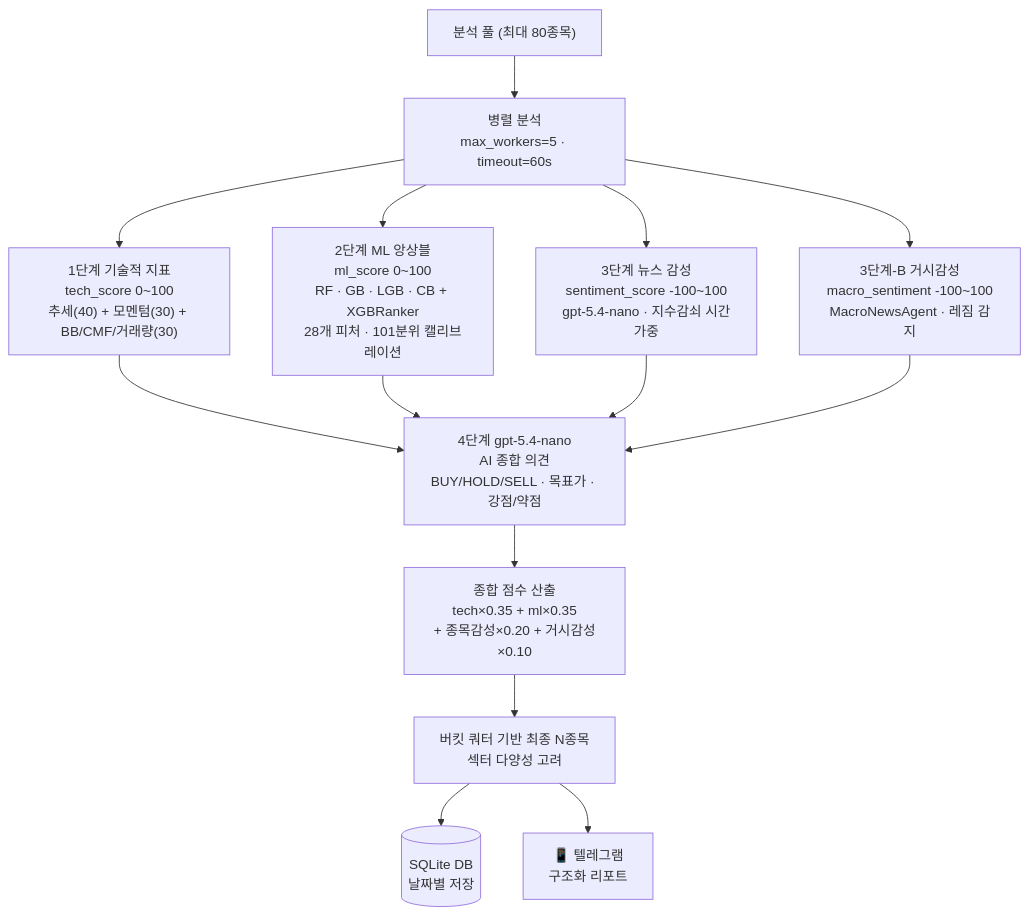
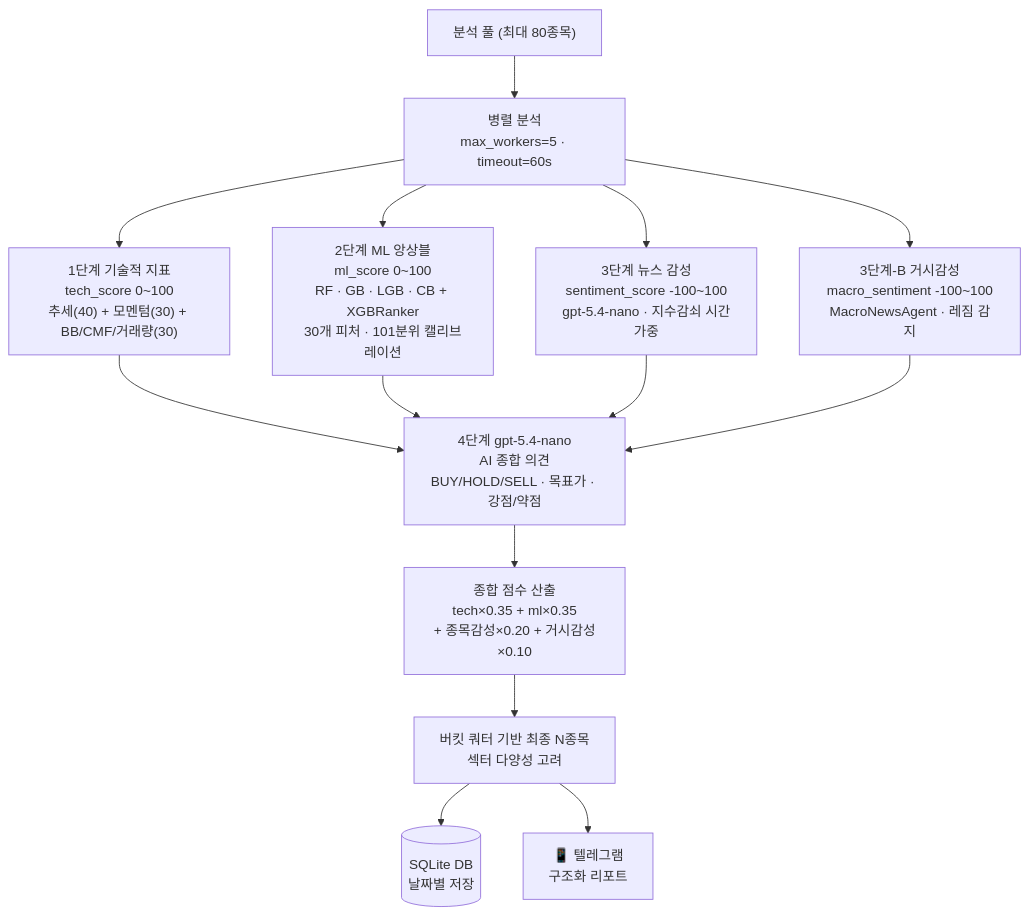
One commit to bullpeng72/KoreanStocks changed the third of 10 diagrams in README.md. Above: the diagram before and after it, drawn with Mermaid. The commit also changed other lines of this file and 16 other files, not shown here.

````diff
--- a/README.md
+++ b/README.md
@@ -187,15 +187,15 @@
 ```mermaid
 flowchart TD
     POOL["분석 풀 (최대 80종목)"] --> PAR["병렬 분석<br/>max_workers=5 · timeout=60s"]
 
     PAR --> T["1단계 기술적 지표<br/>tech_score 0~100<br/>추세(40) + 모멘텀(30) + BB/CMF/거래량(30)"]
-    PAR --> ML["2단계 ML 앙상블<br/>ml_score 0~100<br/>RF · GB · LGB · CB + XGBRanker<br/>28개 피처 · 101분위 캘리브레이션"]
+    PAR --> ML["2단계 ML 앙상블<br/>ml_score 0~100<br/>RF · GB · LGB · CB + XGBRanker<br/>30개 피처 · 101분위 캘리브레이션"]
     PAR --> N["3단계 뉴스 감성<br/>sentiment_score -100~100<br/>gpt-5.4-nano · 지수감쇠 시간가중"]
     PAR --> MN["3단계-B 거시감성<br/>macro_sentiment -100~100<br/>MacroNewsAgent · 레짐 감지"]
 
     T & ML & N & MN --> GPT["4단계 gpt-5.4-nano<br/>AI 종합 의견<br/>BUY/HOLD/SELL · 목표가 · 강점/약점"]
     GPT --> C["종합 점수 산출<br/>tech×0.35 + ml×0.35<br/>+ 종목감성×0.20 + 거시감성×0.10"]
     C --> Q["버킷 쿼터 기반 최종 N종목<br/>섹터 다양성 고려"]
     Q --> DB[("SQLite DB<br/>날짜별 저장")]
     Q --> TG["📱 텔레그램<br/>구조화 리포트"]
 ```
````
